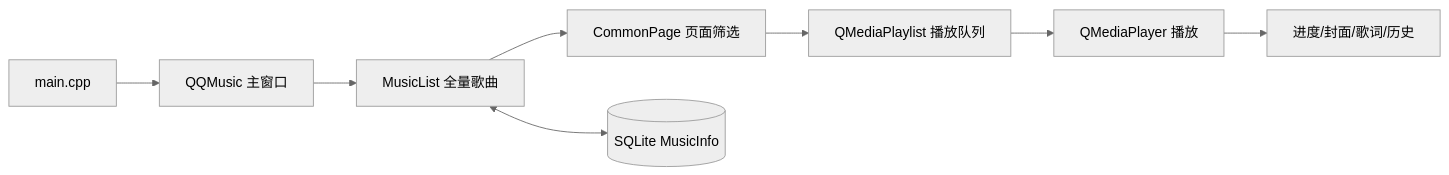
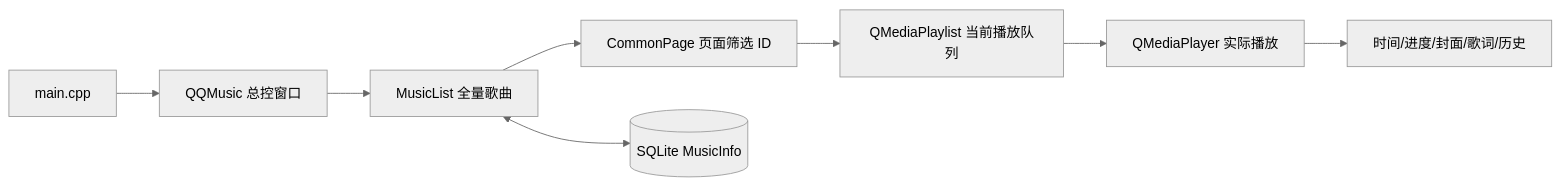
One commit to Lotso-ww/music-player-client changed the diagram in README.md. Above: the diagram before and after it, drawn with Mermaid (neutral theme). The commit also changed other lines of this file, not shown here.

````diff
--- a/README.md
+++ b/README.md
@@ -47,10 +63,10 @@
 ```mermaid
 flowchart LR
-  A[main.cpp] --> B[QQMusic 主窗口]
+  A[main.cpp] --> B[QQMusic 总控窗口]
   B --> C[MusicList 全量歌曲]
-  C --> D[CommonPage 页面筛选]
-  D --> E[QMediaPlaylist 播放队列]
-  E --> F[QMediaPlayer 播放]
-  F --> G[进度/封面/歌词/历史]
+  C --> D[CommonPage 页面筛选 ID]
+  D --> E[QMediaPlaylist 当前播放队列]
+  E --> F[QMediaPlayer 实际播放]
+  F --> G[时间/进度/封面/歌词/历史]
   C <--> H[(SQLite MusicInfo)]
 ```
````
